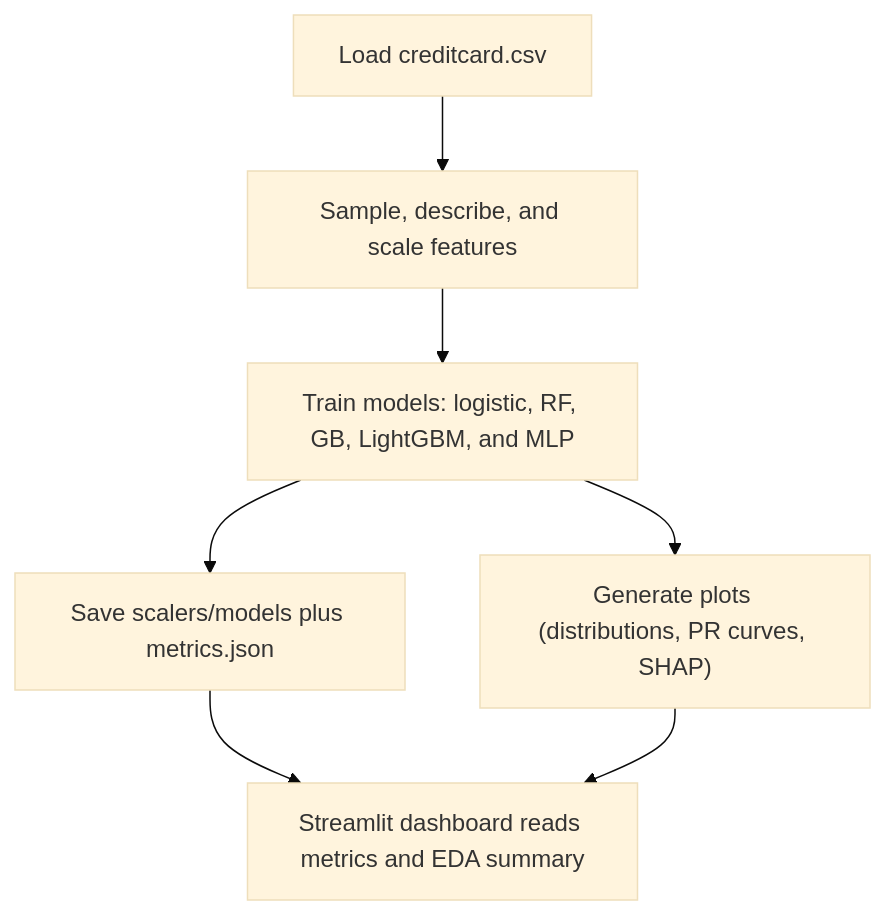
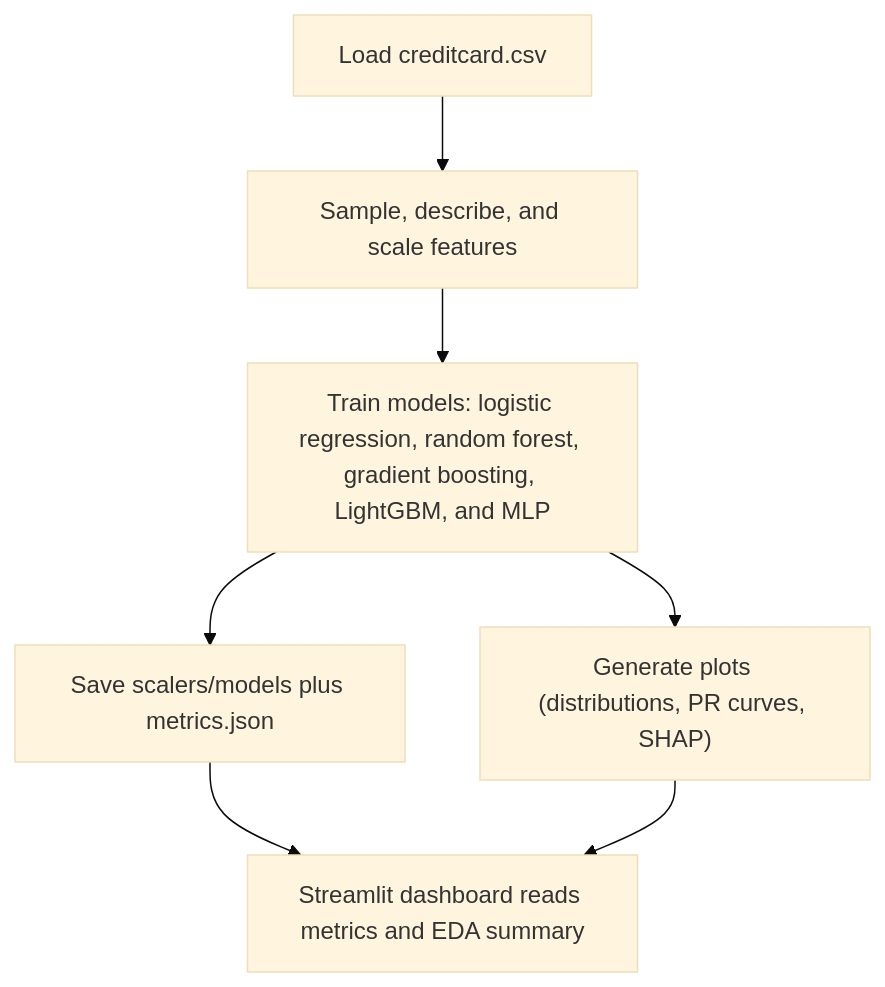
One commit to khalidKE/DataMining changed the diagram in README.md. Above: the diagram before and after it, drawn with Mermaid (base theme).

````diff
--- a/README.md
+++ b/README.md
@@ -45,9 +45,9 @@
 ```mermaid
 flowchart TD
     A["Load creditcard.csv"] --> B["Sample, describe, and scale features"]
-    B --> C["Train models: logistic, RF, GB, LightGBM, and MLP"]
+    B --> C["Train models: logistic regression, random forest, gradient boosting, LightGBM, and MLP"]
     C --> D["Save scalers/models plus metrics.json"]
     C --> E["Generate plots (distributions, PR curves, SHAP)"]
     D --> F["Streamlit dashboard reads metrics and EDA summary"]
     E --> F
 ```
````
